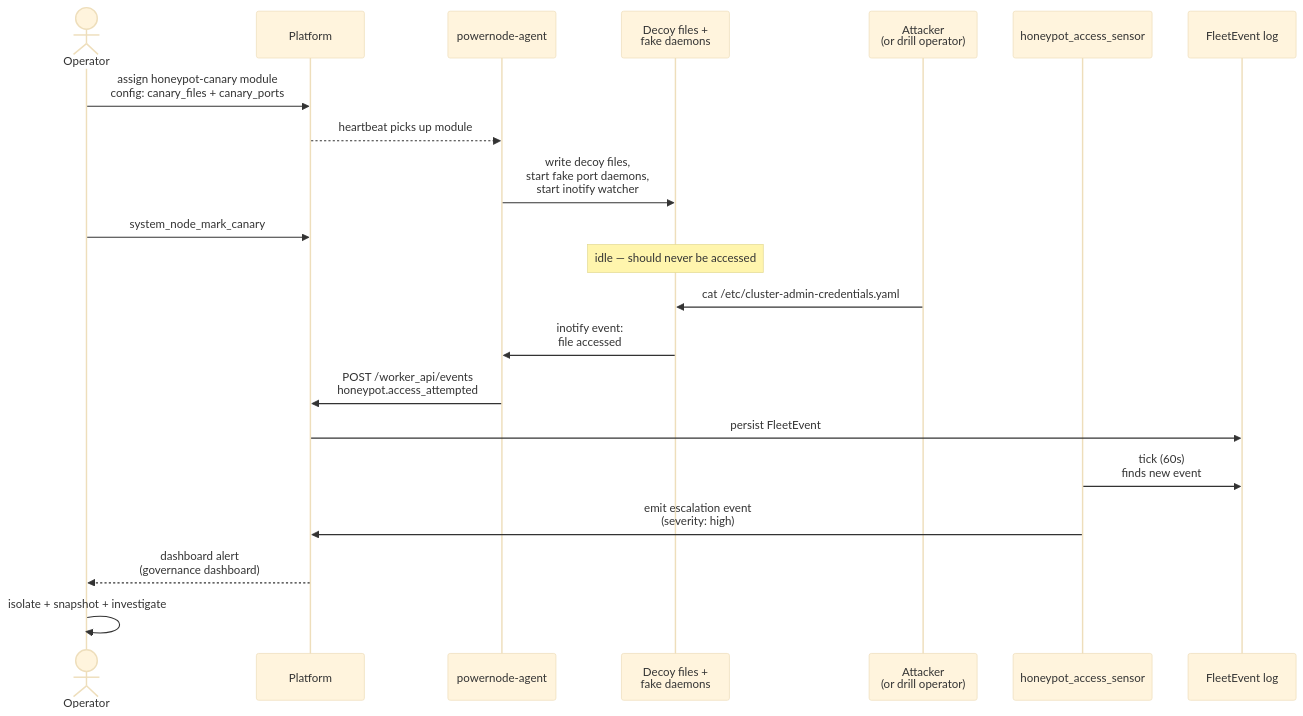
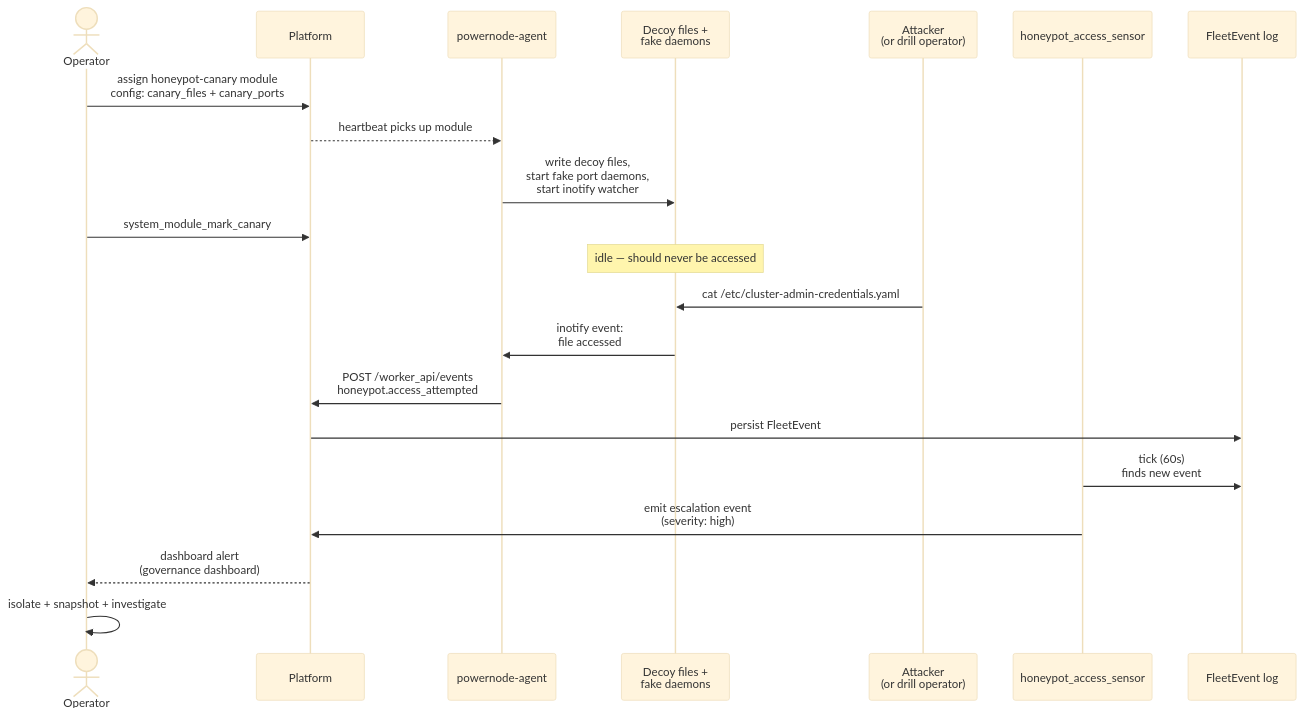
One commit to nodealchemy/powernode-system changed the diagram in docs/tutorials/09-honeypot-canary.md. Above: the diagram before and after it, drawn with Mermaid (base theme). The commit also changed other lines of this file and 29 other files, not shown here.

````diff
--- a/docs/tutorials/09-honeypot-canary.md
+++ b/docs/tutorials/09-honeypot-canary.md
@@ -21,25 +21,25 @@
 ```mermaid
 sequenceDiagram
     actor Op as Operator
     participant Plat as Platform
     participant Agent as powernode-agent
     participant FS as Decoy files +<br/>fake daemons
     participant Atk as Attacker<br/>(or drill operator)
     participant Sensor as honeypot_access_sensor
     participant FE as FleetEvent log
 
     Op->>Plat: assign honeypot-canary module<br/>config: canary_files + canary_ports
     Plat-->>Agent: heartbeat picks up module
     Agent->>FS: write decoy files,<br/>start fake port daemons,<br/>start inotify watcher
-    Op->>Plat: system_node_mark_canary
+    Op->>Plat: system_module_mark_canary
     Note over FS: idle — should never be accessed
 
     Atk->>FS: cat /etc/cluster-admin-credentials.yaml
     FS->>Agent: inotify event:<br/>file accessed
     Agent->>Plat: POST /worker_api/events<br/>honeypot.access_attempted
     Plat->>FE: persist FleetEvent
     Sensor->>FE: tick (60s)<br/>finds new event
     Sensor->>Plat: emit escalation event<br/>(severity: high)
     Plat-->>Op: dashboard alert<br/>(governance dashboard)
     Op->>Op: isolate + snapshot + investigate
 ```
````
